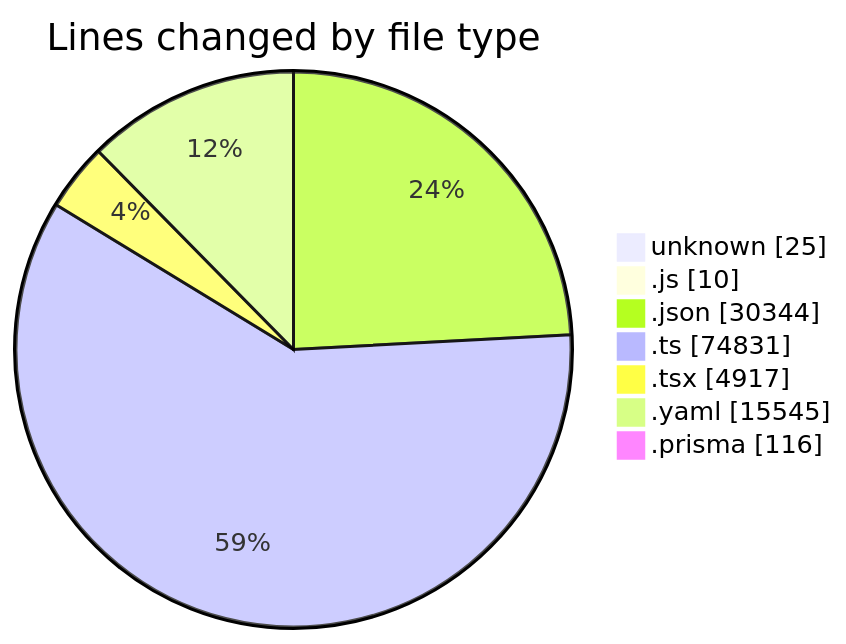
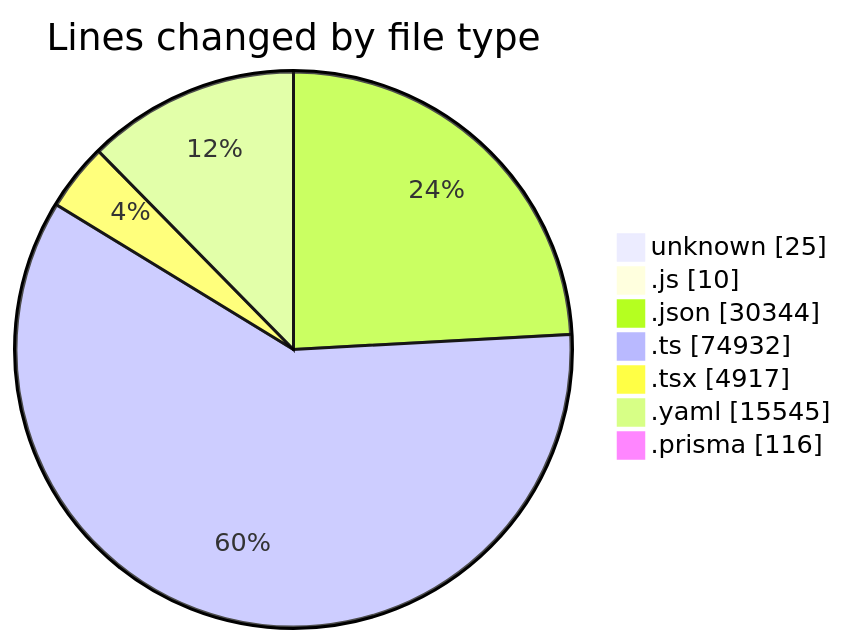
Before and after one commit to CELIANVF/code-tracking: the first of 2 diagrams in 2025-05-02/ecodeli/README.md, drawn with Mermaid. The commit also changed other lines of this file and 1 other file, not shown here.

````diff
--- a/2025-05-02/ecodeli/README.md
+++ b/2025-05-02/ecodeli/README.md
@@ -72,11 +73,11 @@
 ```mermaid
 pie showData
 title Lines changed by file type
 "unknown" : 25
 ".js" : 10
 ".json" : 30344
-".ts" : 74831
+".ts" : 74932
 ".tsx" : 4917
 ".yaml" : 15545
 ".prisma" : 116
 ```
````
